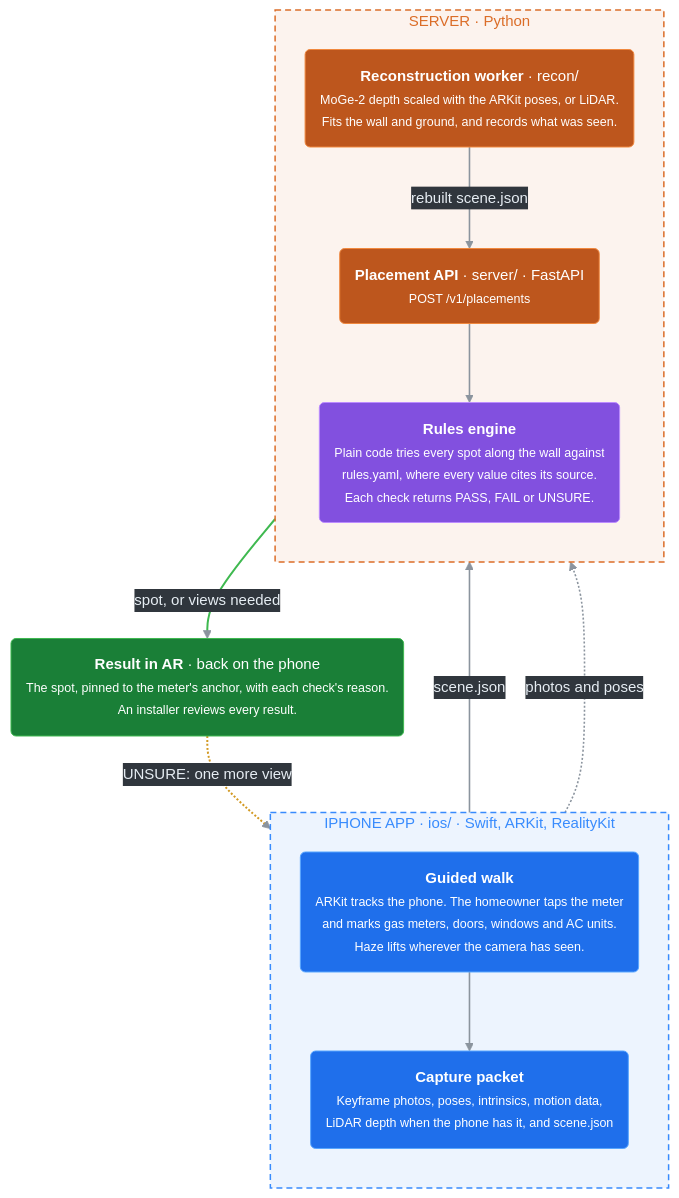
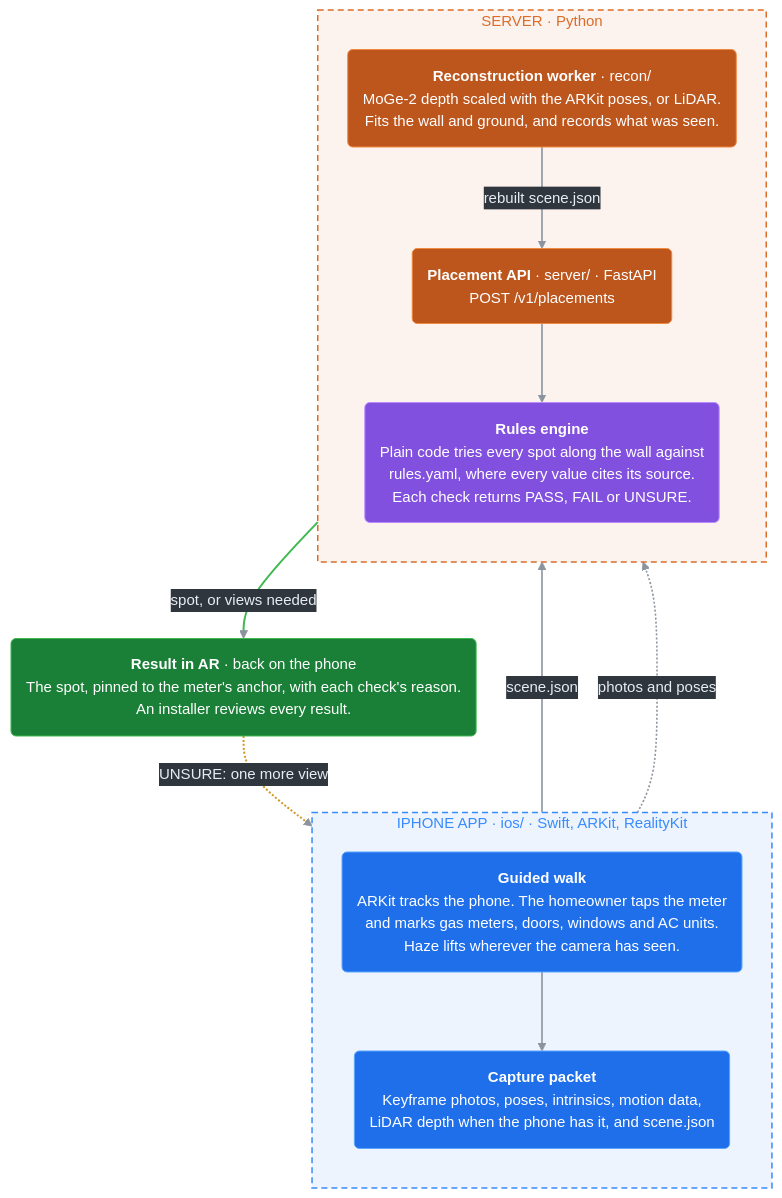
The diagram in README.md (SamGu-NRX/BaseScanner), drawn with Mermaid before and after one commit.

Commit message:
docs: size the diagram's labels the way GitHub draws them
GitHub renders <small> at full size, so descriptions overflowed boxes that
mermaid had measured for small text. Every label is now one size.

````diff
--- a/README.md
+++ b/README.md
@@ -38,40 +38,40 @@
 ```mermaid
 %%{init: {"theme": "base", "fontFamily": "system-ui", "flowchart": {"wrappingWidth": 480, "nodeSpacing": 40, "rankSpacing": 54, "curve": "basis"}, "themeVariables": {"fontFamily": "system-ui", "fontSize": "15px", "lineColor": "#8b949e", "edgeLabelBackground": "#30363d", "textColor": "#e6edf3", "titleColor": "#8b949e"}}}%%
 flowchart TB
   subgraph phone["IPHONE APP · ios/ · Swift, ARKit, RealityKit"]
     direction TB
-    walk("<b>Guided walk</b><br/><small>ARKit tracks the phone. The homeowner taps the meter<br/>and marks gas meters, doors, windows and AC units.<br/>Haze lifts wherever the camera has seen.</small>")
-    packet("<b>Capture packet</b><br/><small>Keyframe photos, poses, intrinsics, motion data,<br/>LiDAR depth when the phone has it, and scene.json</small>")
+    walk("<b>Guided walk</b><br/>ARKit tracks the phone. The homeowner taps the meter<br/>and marks gas meters, doors, windows and AC units.<br/>Haze lifts wherever the camera has seen.")
+    packet("<b>Capture packet</b><br/>Keyframe photos, poses, intrinsics, motion data,<br/>LiDAR depth when the phone has it, and scene.json")
     walk --> packet
   end
 
   subgraph srv["SERVER · Python"]
     direction TB
-    recon("<b>Reconstruction worker</b> · recon/<br/><small>MoGe-2 depth scaled with the ARKit poses, or LiDAR.<br/>Fits the wall and ground, and records what was seen.</small>")
-    api("<b>Placement API</b> · server/ · FastAPI<br/><small>POST /v1/placements</small>")
-    rules("<b>Rules engine</b><br/><small>Plain code tries every spot along the wall against<br/>rules.yaml, where every value cites its source.<br/>Each check returns PASS, FAIL or UNSURE.</small>")
+    recon("<b>Reconstruction worker</b> · recon/<br/>MoGe-2 depth scaled with the ARKit poses, or LiDAR.<br/>Fits the wall and ground, and records what was seen.")
+    api("<b>Placement API</b> · server/ · FastAPI<br/>POST /v1/placements")
+    rules("<b>Rules engine</b><br/>Plain code tries every spot along the wall against<br/>rules.yaml, where every value cites its source.<br/>Each check returns PASS, FAIL or UNSURE.")
     recon -- "rebuilt scene.json" --> api
     api --> rules
   end
 
-  result("<b>Result in AR</b> · back on the phone<br/><small>The spot, pinned to the meter's anchor, with each check's reason.<br/>An installer reviews every result.</small>")
+  result("<b>Result in AR</b> · back on the phone<br/>The spot, pinned to the meter's anchor, with each check's reason.<br/>An installer reviews every result.")
 
   packet -- "scene.json" --> api
   packet -. "photos and poses" .-> recon
   rules -- "spot, or views needed" --> result
   result -. "UNSURE: one more view" .-> walk
 
   classDef phoneNode fill:#1f6feb,stroke:#58a6ff,stroke-width:1px,color:#ffffff
   classDef serverNode fill:#bd561d,stroke:#f0883e,stroke-width:1px,color:#ffffff
   classDef rulesNode fill:#8250df,stroke:#bc8cff,stroke-width:1px,color:#ffffff
   classDef resultNode fill:#1a7f37,stroke:#3fb950,stroke-width:1px,color:#ffffff
   class walk,packet phoneNode
   class recon,api serverNode
   class rules rulesNode
   class result resultNode
   style phone fill:#1f6feb14,stroke:#388bfd,stroke-width:1.5px,stroke-dasharray:6 4,color:#388bfd
   style srv fill:#db6d2814,stroke:#db6d28,stroke-width:1.5px,stroke-dasharray:6 4,color:#db6d28
   linkStyle default stroke:#8b949e,stroke-width:1.6px,color:#e6edf3
   linkStyle 5 stroke:#3fb950,stroke-width:2px,color:#e6edf3
   linkStyle 6 stroke:#d29922,stroke-width:2px,color:#e6edf3
 ```
````
